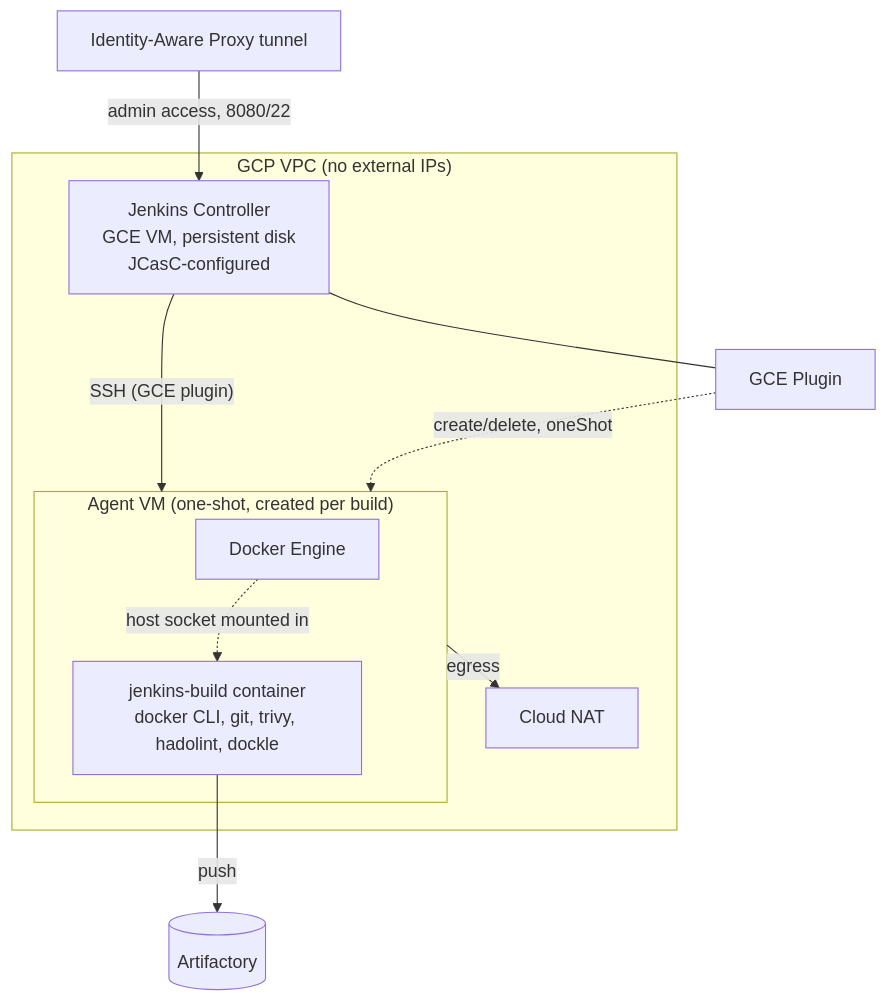
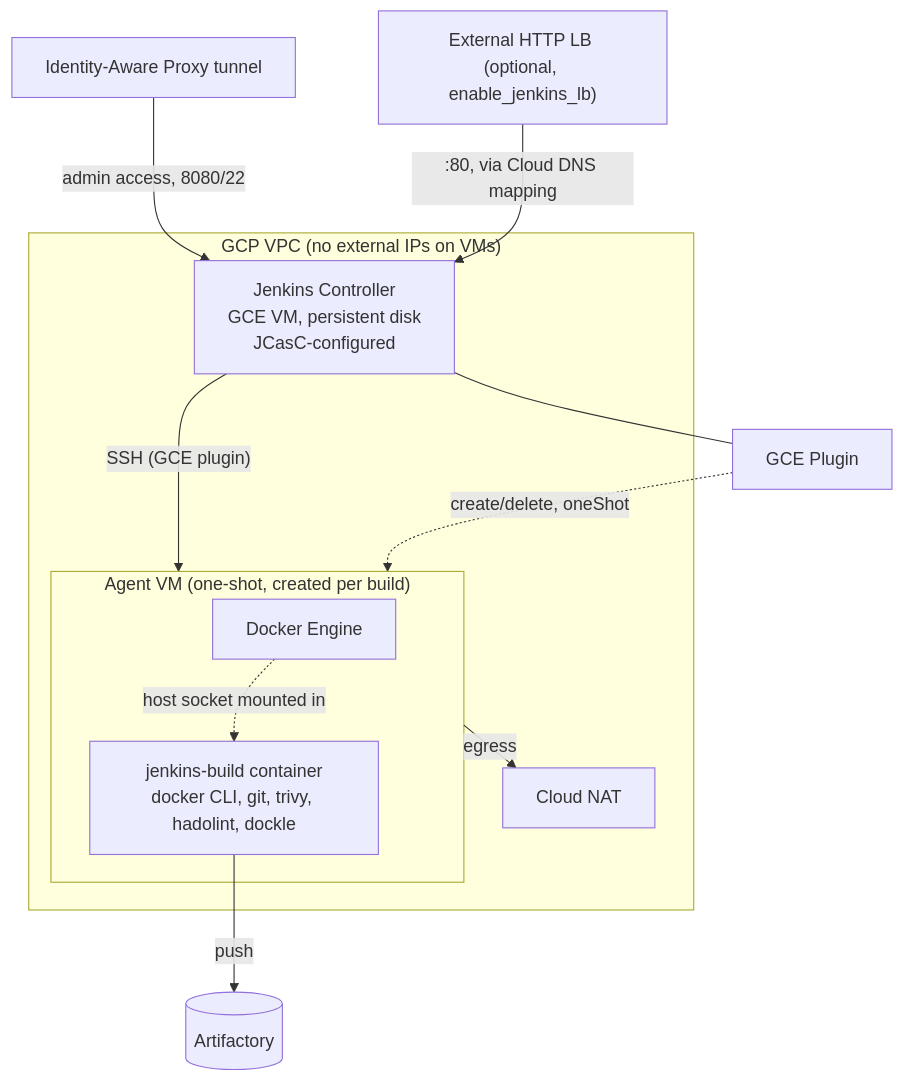
The fourth of 4 diagrams in ci_jenkins/docs/ARCHITECTURE.md (Arunmani007/jenkins), drawn with Mermaid before and after one commit. The commit also changed other lines of this file and 12 other files, not shown here.

````diff
--- a/ci_jenkins/docs/ARCHITECTURE.md
+++ b/ci_jenkins/docs/ARCHITECTURE.md
@@ -123,18 +129,19 @@
 ```mermaid
 flowchart TB
-    subgraph VPC["GCP VPC (no external IPs)"]
+    subgraph VPC["GCP VPC (no external IPs on VMs)"]
         Controller["Jenkins Controller<br/>GCE VM, persistent disk<br/>JCasC-configured"]
         subgraph Agent["Agent VM (one-shot, created per build)"]
             Docker["Docker Engine"]
             BuildC["jenkins-build container<br/>docker CLI, git, trivy, hadolint, dockle"]
             Docker -.->|host socket mounted in| BuildC
         end
         Controller -->|"SSH (GCE plugin)"| Agent
         NAT["Cloud NAT"]
         Agent -->|egress| NAT
     end
     IAP["Identity-Aware Proxy tunnel"] -->|admin access, 8080/22| Controller
+    LB["External HTTP LB (optional, enable_jenkins_lb)"] -->|":80, via Cloud DNS mapping"| Controller
     BuildC -->|push| Artifactory[(Artifactory)]
     GCEPlugin["GCE Plugin"] -.->|create/delete, oneShot| Agent
     Controller --- GCEPlugin
 ```
````
